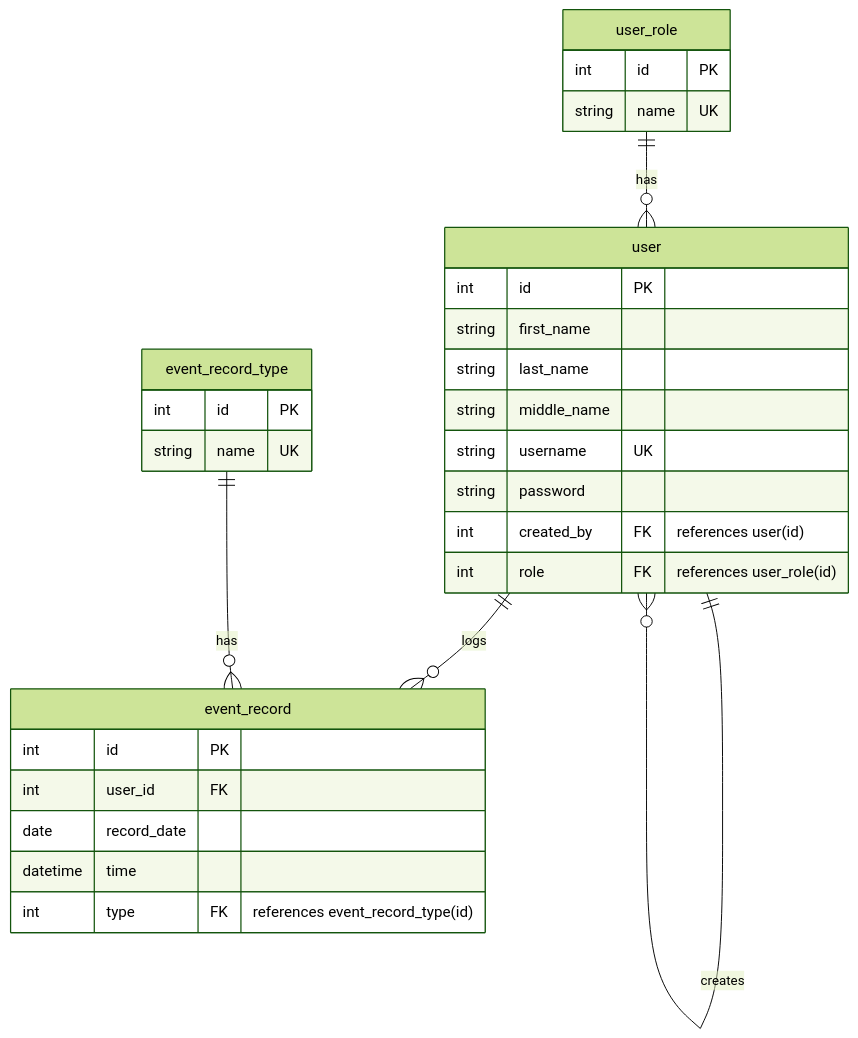
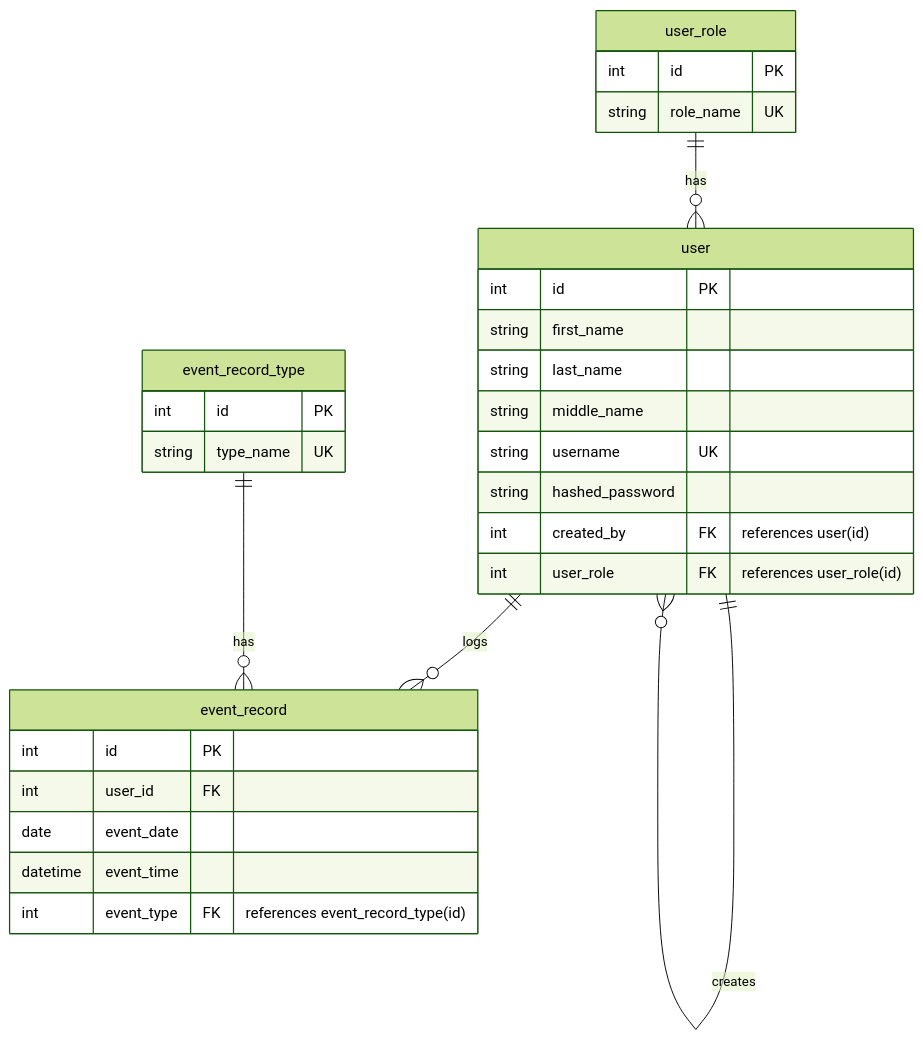
Before and after one commit to TheoDrHashiriya/daily-time-record: the diagram in README.md, drawn with Mermaid (forest theme).

Commit message:
standardized names in README ERD as well

````diff
--- a/README.md
+++ b/README.md
@@ -20,37 +20,37 @@
 ```mermaid
 erDiagram
 user{
 int id PK
 string first_name
 string last_name
 string middle_name
 string username UK
-string password
+string hashed_password
 int created_by FK "references user(id)"
-int role FK "references user_role(id)"
+int user_role FK "references user_role(id)"
 }
 
 user_role{
 int id PK
-string name UK
+string role_name UK
 }
 
 event_record{
 int id PK
 int user_id FK
-date record_date
-datetime time
-int type FK "references event_record_type(id)"
+date event_date
+datetime event_time
+int event_type FK "references event_record_type(id)"
 }
 
 event_record_type{
 int id PK
-string name UK
+string type_name UK
 }
 
 user||--o{user:"creates"
 user_role||--o{user:"has"
 
 user||--o{event_record:"logs"
 event_record_type||--o{event_record:"has"
 ```
````
